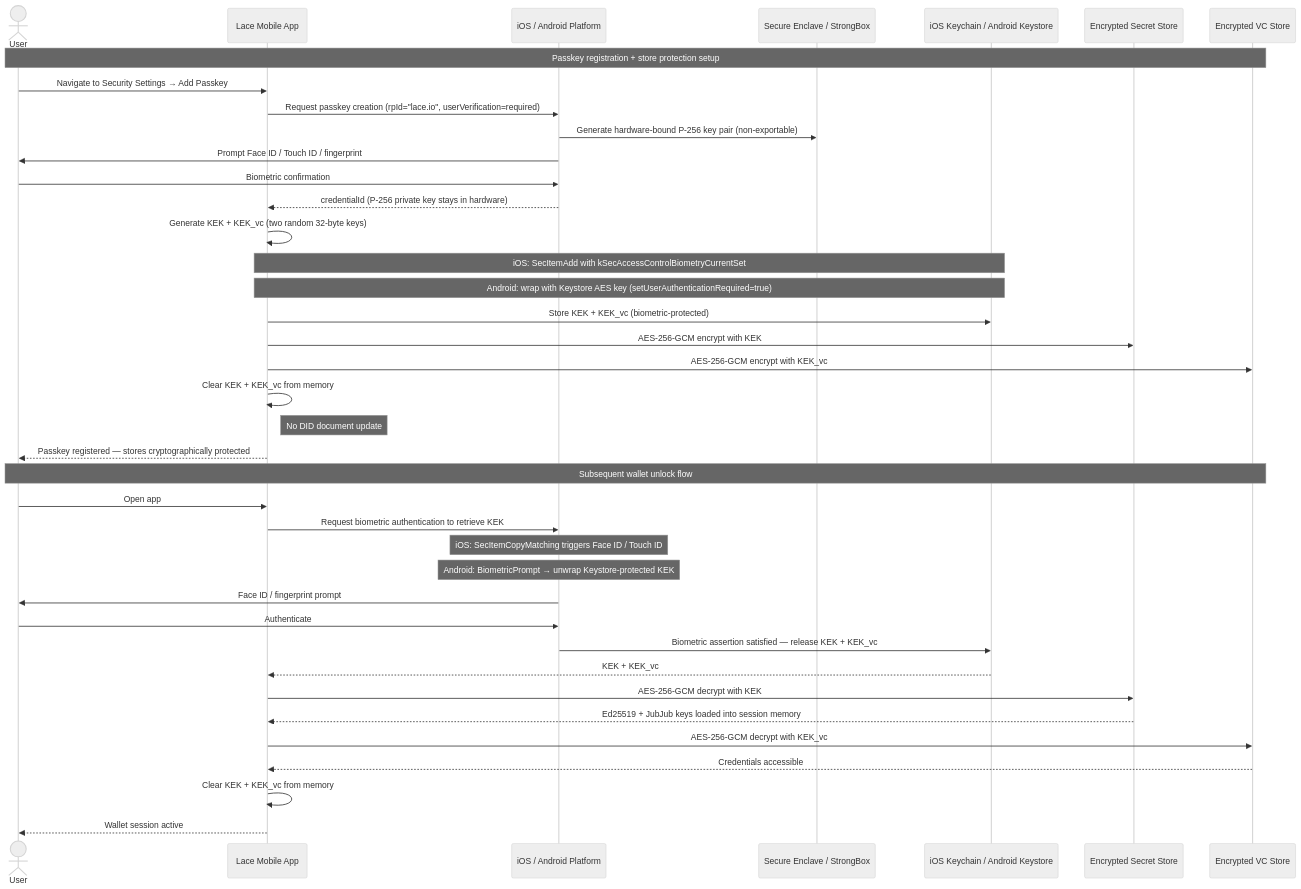
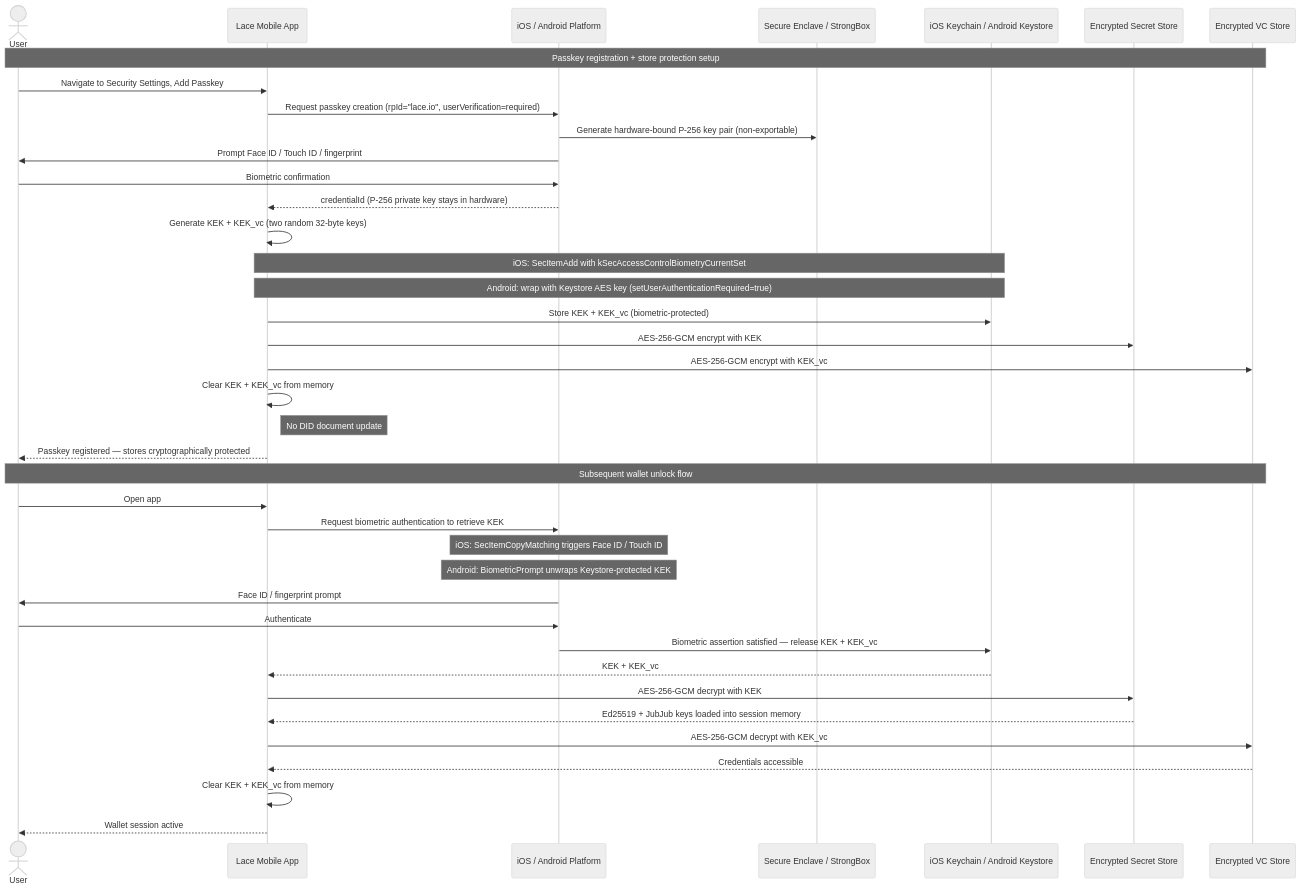
Before and after one commit to midnightntwrk/midnight-did: the sixth of 15 diagrams in research/lace-wallet-midnight-dapp-brd-frd.md, drawn with Mermaid (neutral theme). The commit also changed other lines of this file, not shown here.

First line of the commit message:
docs(brd-frd): fix Mermaid rendering issues across all diagrams

````diff
--- a/research/lace-wallet-midnight-dapp-brd-frd.md
+++ b/research/lace-wallet-midnight-dapp-brd-frd.md
@@ -369,43 +369,43 @@
 ```mermaid
 sequenceDiagram
     actor User
     participant App as Lace Mobile App
     participant OS as iOS / Android Platform
     participant SecureEl as Secure Enclave / StrongBox
     participant Keychain as iOS Keychain / Android Keystore
     participant SecretStore as Encrypted Secret Store
     participant VCStore as Encrypted VC Store
 
     Note over User,VCStore: Passkey registration + store protection setup
-    User->>App: Navigate to Security Settings → Add Passkey
+    User->>App: Navigate to Security Settings, Add Passkey
     App->>OS: Request passkey creation (rpId="lace.io", userVerification=required)
     OS->>SecureEl: Generate hardware-bound P-256 key pair (non-exportable)
     OS->>User: Prompt Face ID / Touch ID / fingerprint
     User->>OS: Biometric confirmation
     OS-->>App: credentialId (P-256 private key stays in hardware)
     App->>App: Generate KEK + KEK_vc (two random 32-byte keys)
     Note over App,Keychain: iOS: SecItemAdd with kSecAccessControlBiometryCurrentSet
     Note over App,Keychain: Android: wrap with Keystore AES key (setUserAuthenticationRequired=true)
     App->>Keychain: Store KEK + KEK_vc (biometric-protected)
     App->>SecretStore: AES-256-GCM encrypt with KEK
     App->>VCStore: AES-256-GCM encrypt with KEK_vc
     App->>App: Clear KEK + KEK_vc from memory
     Note right of App: No DID document update
     App-->>User: Passkey registered — stores cryptographically protected
 
     Note over User,VCStore: Subsequent wallet unlock flow
     User->>App: Open app
     App->>OS: Request biometric authentication to retrieve KEK
     Note over OS: iOS: SecItemCopyMatching triggers Face ID / Touch ID
-    Note over OS: Android: BiometricPrompt → unwrap Keystore-protected KEK
+    Note over OS: Android: BiometricPrompt unwraps Keystore-protected KEK
     OS->>User: Face ID / fingerprint prompt
     User->>OS: Authenticate
     OS->>Keychain: Biometric assertion satisfied — release KEK + KEK_vc
     Keychain-->>App: KEK + KEK_vc
     App->>SecretStore: AES-256-GCM decrypt with KEK
     SecretStore-->>App: Ed25519 + JubJub keys loaded into session memory
     App->>VCStore: AES-256-GCM decrypt with KEK_vc
     VCStore-->>App: Credentials accessible
     App->>App: Clear KEK + KEK_vc from memory
     App-->>User: Wallet session active
 ```
````
